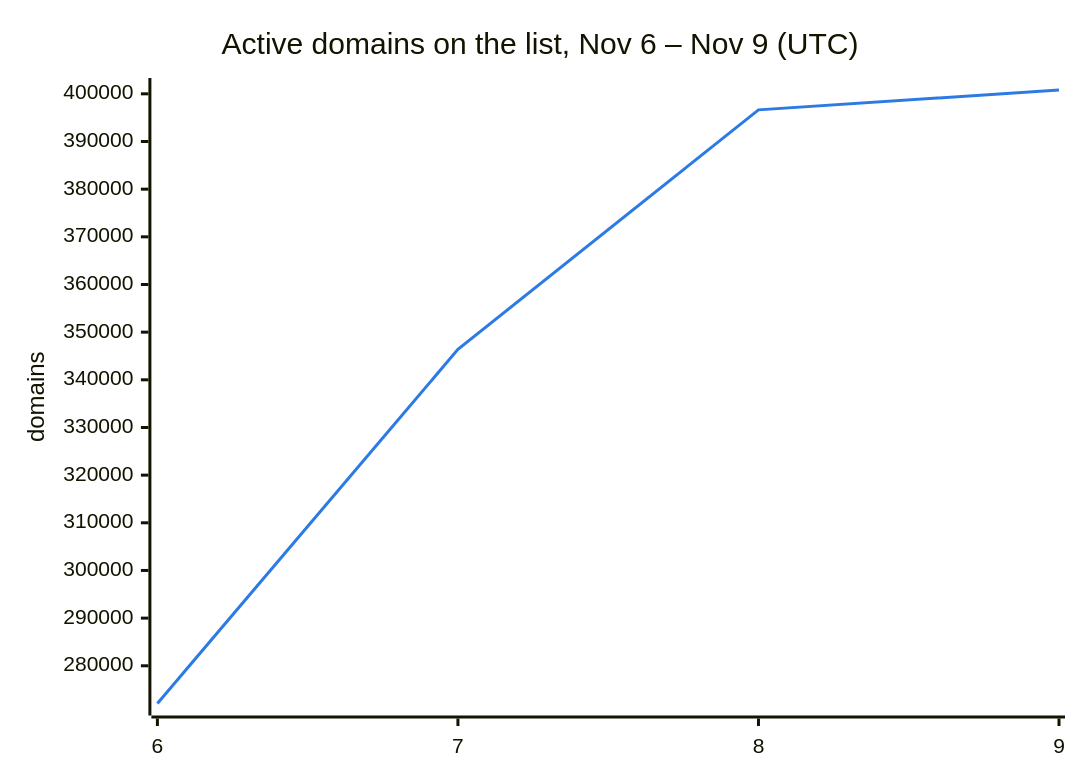
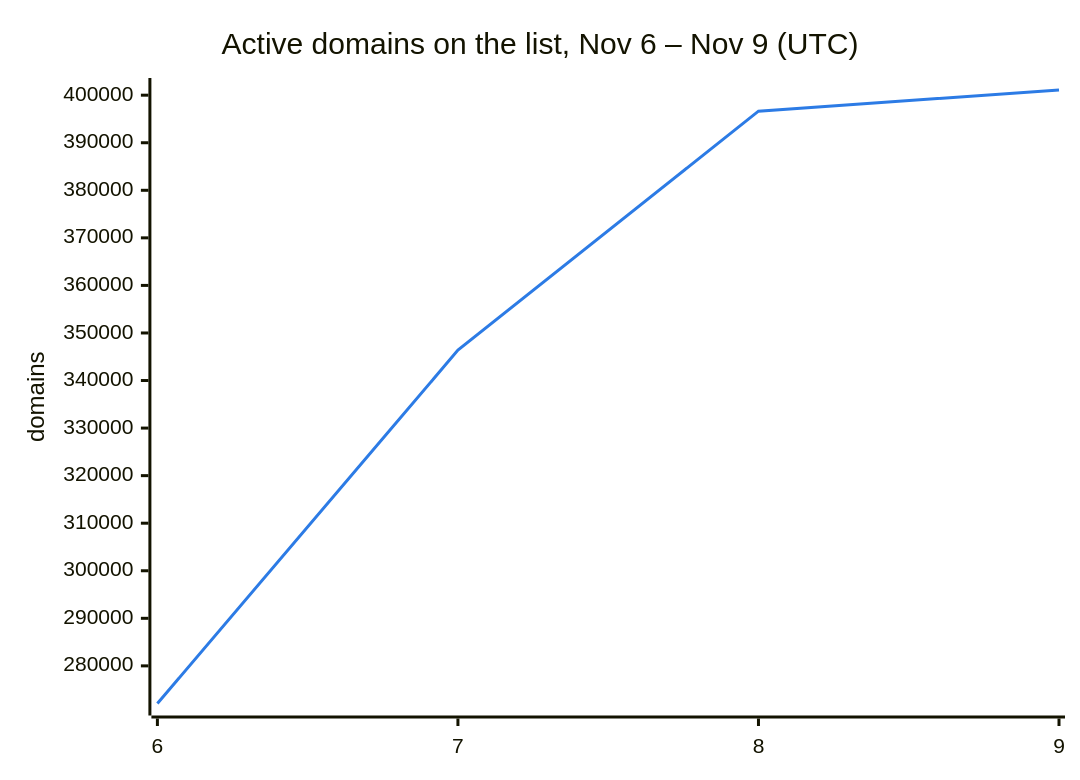
One commit to DNSBunker/CTI changed the second of 3 diagrams in README.md. Above: the diagram before and after it, drawn with Mermaid. The commit also changed other lines of this file and 3 other files, not shown here.

````diff
--- a/README.md
+++ b/README.md
@@ -38,8 +38,8 @@
 ```mermaid
 %%{init: {"themeVariables": {"xyChart": {"plotColorPalette": "#2c7be5"}}}}%%
 xychart-beta
     title "Active domains on the list, Nov 6 – Nov 9 (UTC)"
     x-axis ["6", "7", "8", "9"]
     y-axis "domains"
-    line [272088, 346388, 396638, 400805]
+    line [272088, 346388, 396638, 401090]
 ```
````
